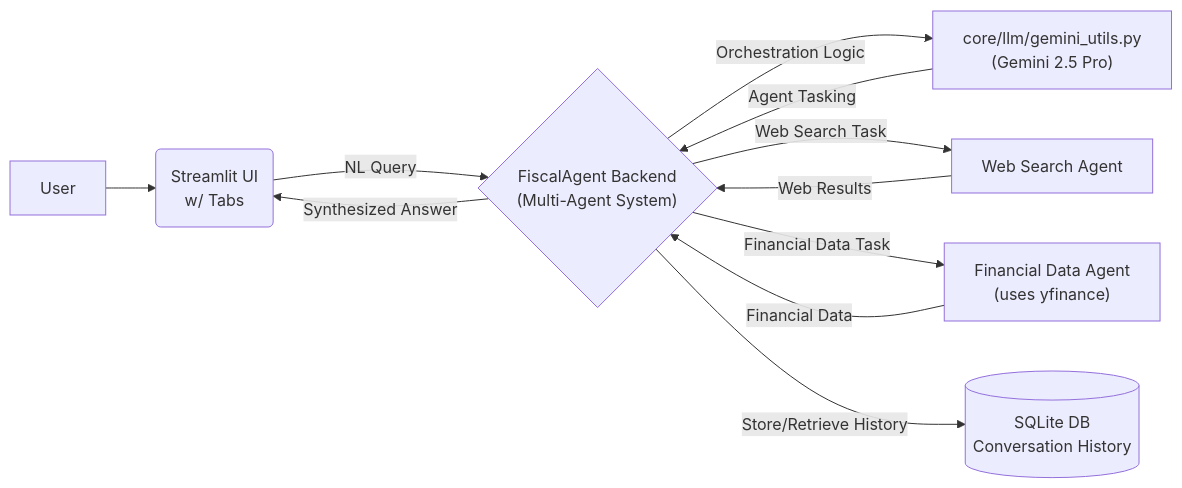
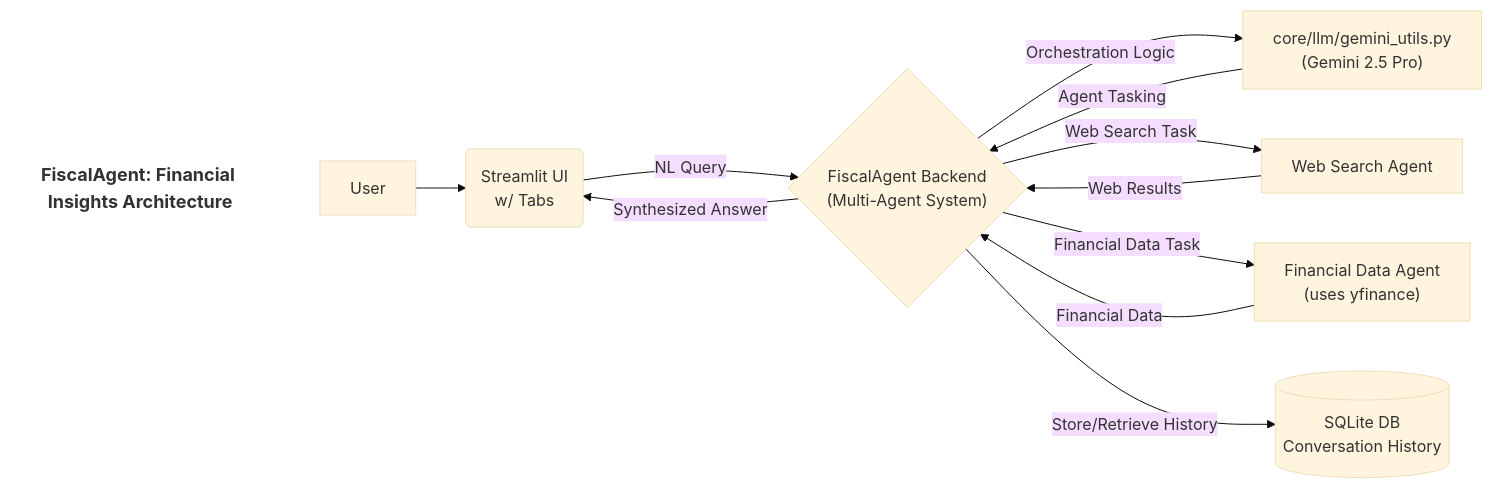
Before and after one commit to Mathews-Tom/IntelliForge-Applied-GenAI-Playbook: the second of 4 diagrams in docs/architecture.md, drawn with Mermaid. The commit also changed other lines of this file, not shown here.

Commit message:
Minor update in architecture graphs to include titles

````diff
--- a/docs/architecture.md
+++ b/docs/architecture.md
@@ -114,13 +122,21 @@
     ```mermaid
+    %%{init: {'theme': 'base', 'themeVariables': { 'titleColor': '#333', 'titleFontSize': '20px'}}}%%
     graph LR
+        %% Title at the top
+        classDef titleClass fill:none,stroke:none,color:#333,font-size:18px,font-weight:bold;
+        title["FiscalAgent: Financial Insights Architecture"]:::titleClass;
+
         A[User] --> B(Streamlit UI <br> w/ Tabs);
         B -- NL Query --> C{"FiscalAgent Backend <br> (Multi-Agent System)"};
         C -- Orchestration Logic --> D["core/llm/gemini_utils.py <br> (Gemini 2.5 Pro)"];
         D -- Agent Tasking --> C;
         C -- Web Search Task --> E[Web Search Agent];
         E -- Web Results --> C;
         C -- Financial Data Task --> F["Financial Data Agent <br> (uses yfinance)"];
         F -- Financial Data --> C;
         C -- Store/Retrieve History --> G[(SQLite DB <br> Conversation History)];
         C -- Synthesized Answer --> B;
+
+        %% Position title at the top
+        title ~~~ A;
     ```
````
